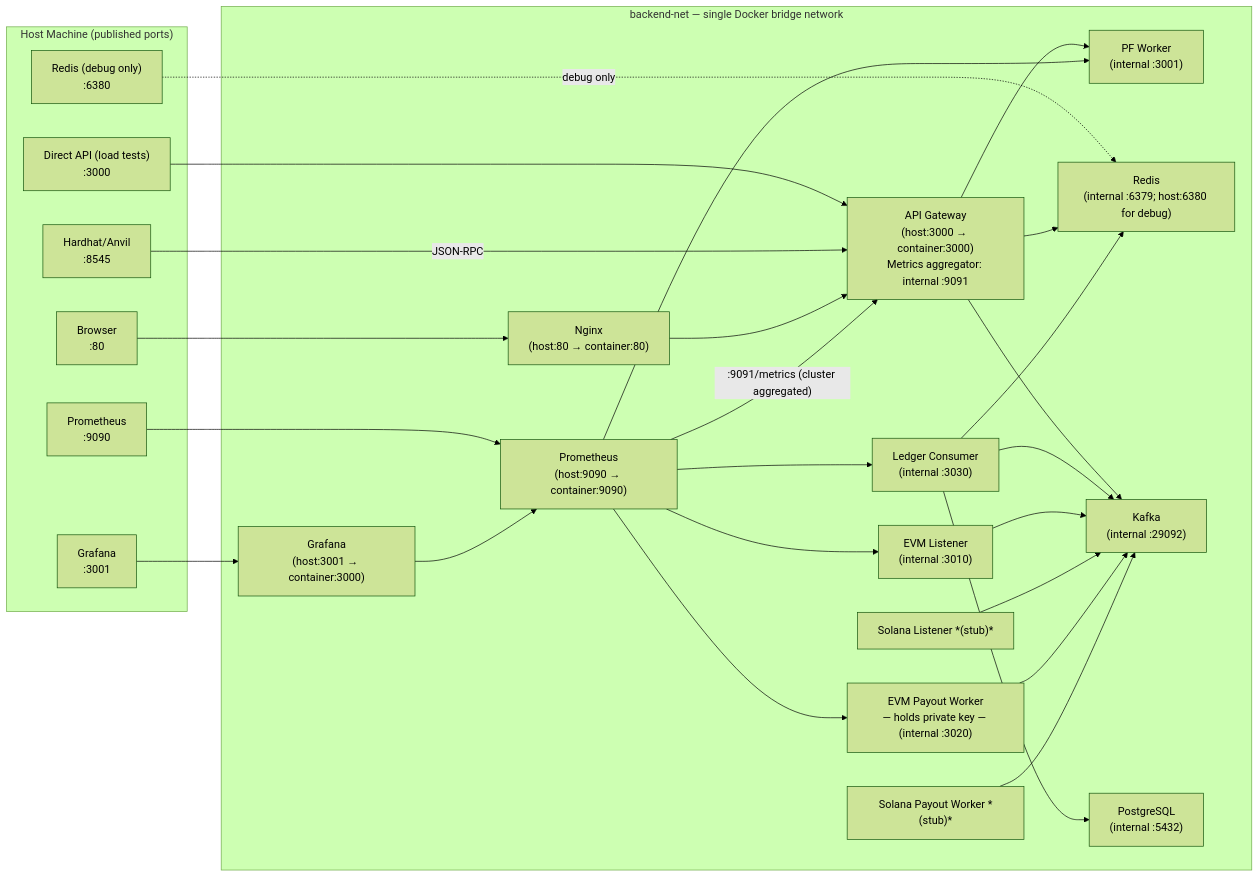
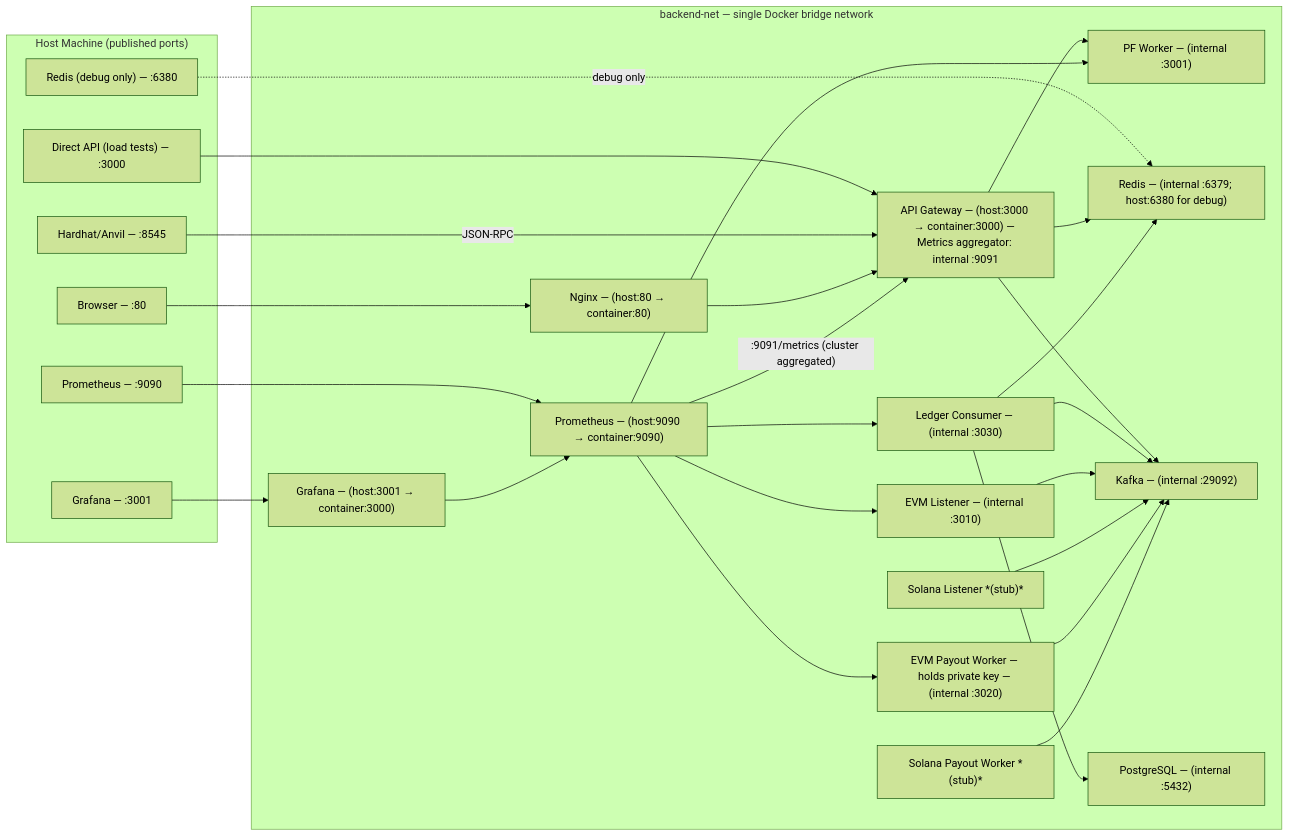
One commit to Fennzo/DiceTilt changed the third of 3 diagrams in documentation/architecture-overview.md. Above: the diagram before and after it, drawn with Mermaid (forest theme). The commit also changed other lines of this file and 16 other files, not shown here.

````diff
--- a/documentation/architecture-overview.md
+++ b/documentation/architecture-overview.md
@@ -211,57 +221,57 @@
 ```mermaid
 graph LR
     subgraph "Host Machine (published ports)"
-        Browser["Browser\n:80"]
-        DevAPI["Direct API (load tests)\n:3000"]
-        GrafanaHost["Grafana\n:3001"]
-        PromHost["Prometheus\n:9090"]
-        EVMHost["Hardhat/Anvil\n:8545"]
-        RedisDebug["Redis (debug only)\n:6380"]
+        Browser["Browser — :80"]
+        DevAPI["Direct API (load tests) — :3000"]
+        GrafanaHost["Grafana — :3001"]
+        PromHost["Prometheus — :9090"]
+        EVMHost["Hardhat/Anvil — :8545"]
+        RedisDebug["Redis (debug only) — :6380"]
     end
 
     subgraph "backend-net — single Docker bridge network"
-        Nginx["Nginx\n(host:80 → container:80)"]
-        API["API Gateway\n(host:3000 → container:3000)\nMetrics aggregator: internal :9091"]
-        PF["PF Worker\n(internal :3001)"]
-        Redis["Redis\n(internal :6379; host:6380 for debug)"]
-        Kafka["Kafka\n(internal :29092)"]
-        Postgres["PostgreSQL\n(internal :5432)"]
-        Ledger["Ledger Consumer\n(internal :3030)"]
-        EVMListen["EVM Listener\n(internal :3010)"]
-        EVMPay["EVM Payout Worker\n— holds private key — (internal :3020)"]
+        Nginx["Nginx — (host:80 → container:80)"]
+        API["API Gateway — (host:3000 → container:3000) — Metrics aggregator: internal :9091"]
+        PF["PF Worker — (internal :3001)"]
+        Redis["Redis — (internal :6379; host:6380 for debug)"]
+        Kafka["Kafka — (internal :29092)"]
+        Postgres["PostgreSQL — (internal :5432)"]
+        Ledger["Ledger Consumer — (internal :3030)"]
+        EVMListen["EVM Listener — (internal :3010)"]
+        EVMPay["EVM Payout Worker — holds private key — (internal :3020)"]
         SolListen["Solana Listener *(stub)*"]
         SolPay["Solana Payout Worker *(stub)*"]
-        Prom["Prometheus\n(host:9090 → container:9090)"]
-        Grafana["Grafana\n(host:3001 → container:3000)"]
+        Prom["Prometheus — (host:9090 → container:9090)"]
+        Grafana["Grafana — (host:3001 → container:3000)"]
     end
 
     Browser --> Nginx
     DevAPI --> API
     GrafanaHost --> Grafana
     PromHost --> Prom
     EVMHost -->|"JSON-RPC"| API
     RedisDebug -.->|"debug only"| Redis
 
     Nginx --> API
 
     API --> Redis
     API --> Kafka
     API --> PF
 
     Ledger --> Kafka
     Ledger --> Postgres
     Ledger --> Redis
 
     EVMListen --> Kafka
     SolListen --> Kafka
     EVMPay --> Kafka
     SolPay --> Kafka
 
     Prom -->|":9091/metrics (cluster aggregated)"| API
     Prom --> PF
     Prom --> Ledger
     Prom --> EVMListen
     Prom --> EVMPay
 
     Grafana --> Prom
 ```
````
